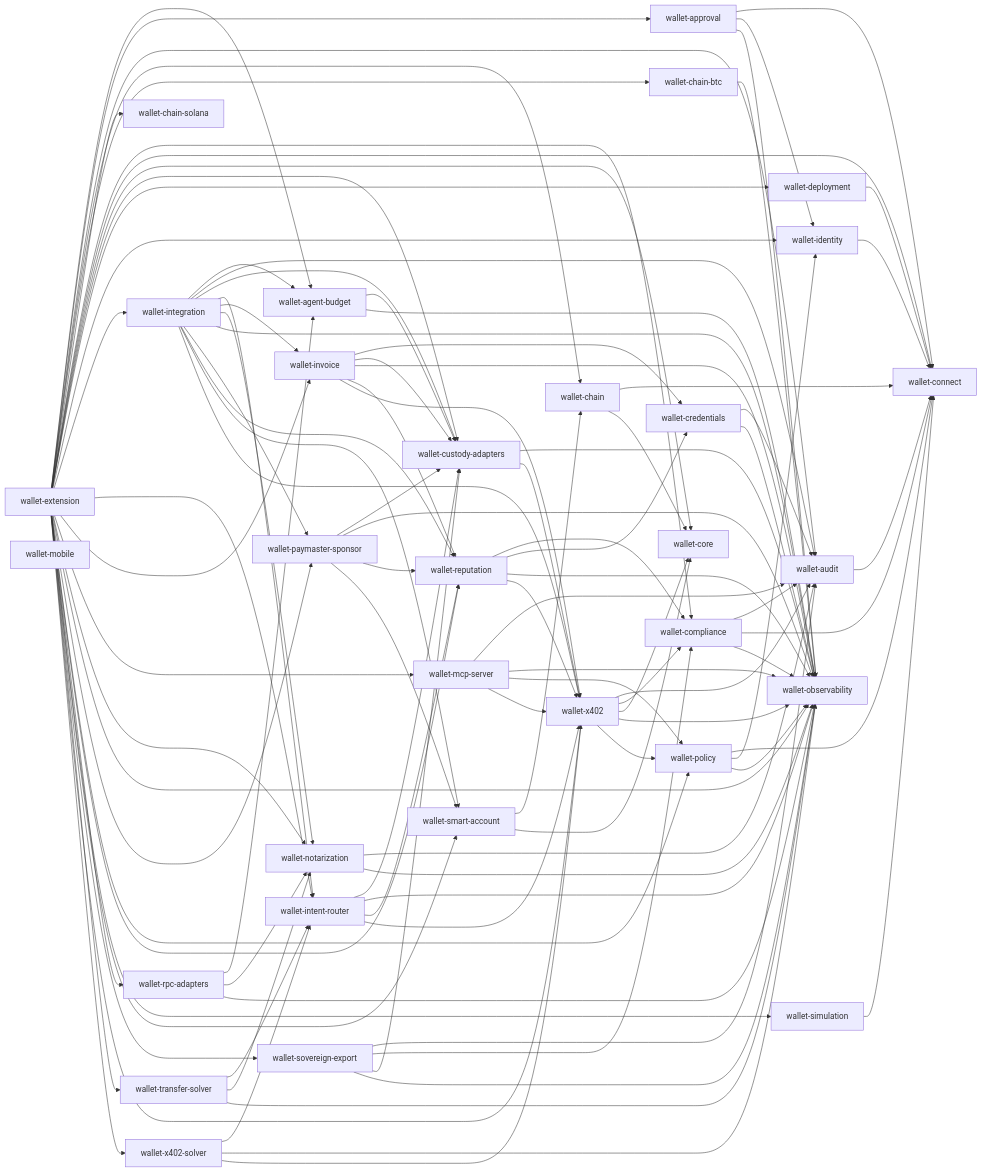
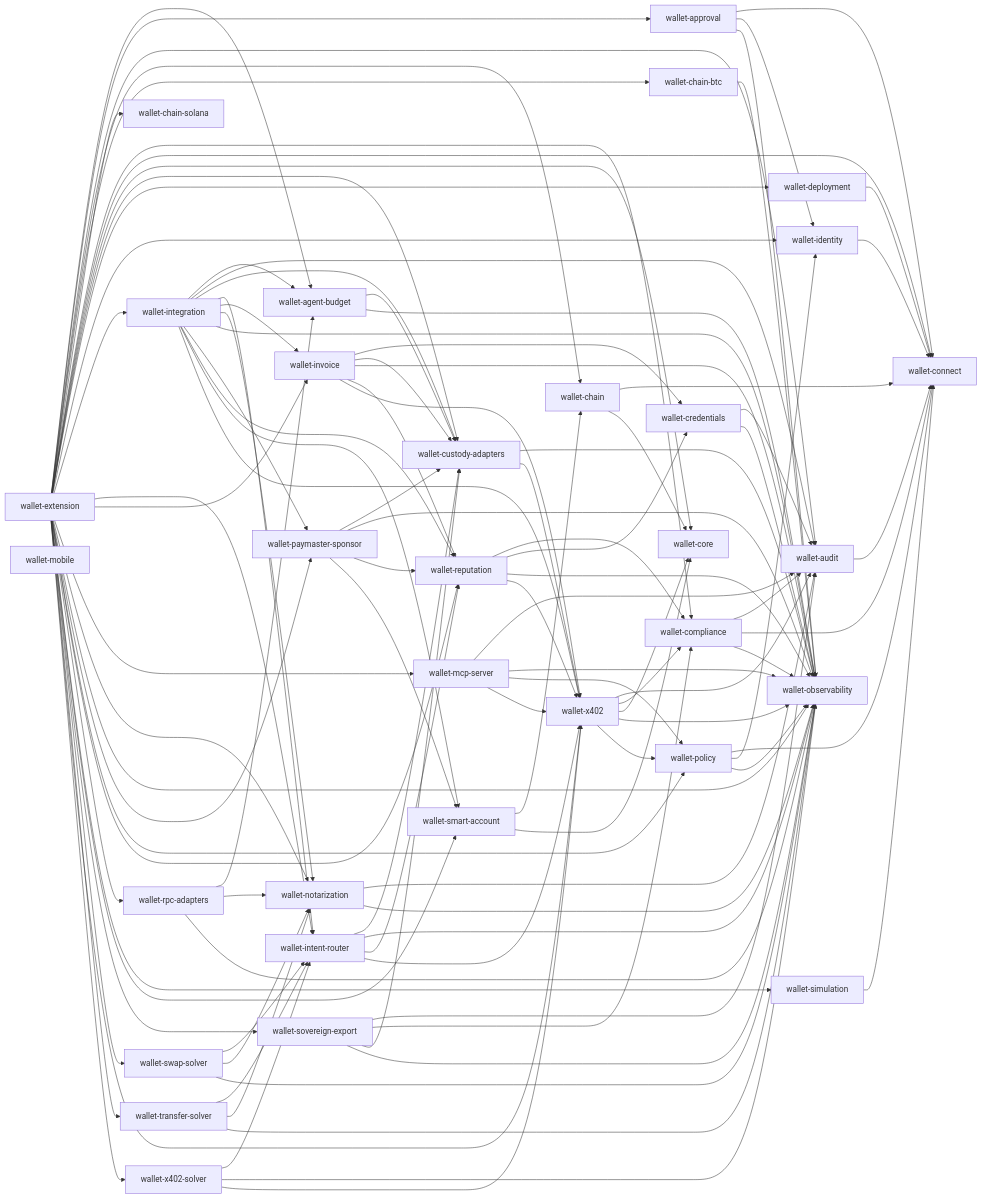
The diagram in reports/workspace-deps.mmd (aethelred-foundation/wallet), drawn with Mermaid before and after one commit. The commit also changed 12 other files, not shown here.

First line of the commit message:
feat(swap-solver): concrete intent-router solver for SwapIntent (#74)

```diff
--- a/reports/workspace-deps.mmd
+++ b/reports/workspace-deps.mmd
@@ -1,110 +1,114 @@
 flowchart LR
   wallet-agent-budget --> wallet-custody-adapters
   wallet-agent-budget --> wallet-observability
   wallet-approval --> wallet-connect
   wallet-approval --> wallet-identity
   wallet-approval --> wallet-observability
   wallet-audit --> wallet-connect
   wallet-chain --> wallet-connect
   wallet-chain --> wallet-core
   wallet-chain-btc --> wallet-observability
   wallet-chain-solana
   wallet-compliance --> wallet-audit
   wallet-compliance --> wallet-connect
   wallet-compliance --> wallet-observability
   wallet-connect
   wallet-core
   wallet-credentials --> wallet-audit
   wallet-credentials --> wallet-observability
   wallet-custody-adapters --> wallet-observability
   wallet-custody-adapters --> wallet-x402
   wallet-deployment --> wallet-connect
   wallet-extension --> wallet-agent-budget
   wallet-extension --> wallet-approval
   wallet-extension --> wallet-audit
   wallet-extension --> wallet-chain
   wallet-extension --> wallet-chain-btc
   wallet-extension --> wallet-chain-solana
   wallet-extension --> wallet-compliance
   wallet-extension --> wallet-connect
   wallet-extension --> wallet-core
   wallet-extension --> wallet-custody-adapters
   wallet-extension --> wallet-deployment
   wallet-extension --> wallet-identity
   wallet-extension --> wallet-integration
   wallet-extension --> wallet-intent-router
   wallet-extension --> wallet-invoice
   wallet-extension --> wallet-mcp-server
   wallet-extension --> wallet-notarization
   wallet-extension --> wallet-observability
   wallet-extension --> wallet-paymaster-sponsor
   wallet-extension --> wallet-policy
   wallet-extension --> wallet-reputation
   wallet-extension --> wallet-rpc-adapters
   wallet-extension --> wallet-simulation
   wallet-extension --> wallet-smart-account
   wallet-extension --> wallet-sovereign-export
+  wallet-extension --> wallet-swap-solver
   wallet-extension --> wallet-transfer-solver
   wallet-extension --> wallet-x402
   wallet-extension --> wallet-x402-solver
   wallet-identity --> wallet-connect
   wallet-integration --> wallet-agent-budget
   wallet-integration --> wallet-audit
   wallet-integration --> wallet-custody-adapters
   wallet-integration --> wallet-intent-router
   wallet-integration --> wallet-invoice
   wallet-integration --> wallet-notarization
   wallet-integration --> wallet-observability
   wallet-integration --> wallet-paymaster-sponsor
   wallet-integration --> wallet-reputation
   wallet-integration --> wallet-smart-account
   wallet-integration --> wallet-x402
   wallet-intent-router --> wallet-custody-adapters
   wallet-intent-router --> wallet-observability
   wallet-intent-router --> wallet-reputation
   wallet-intent-router --> wallet-x402
   wallet-invoice --> wallet-credentials
   wallet-invoice --> wallet-custody-adapters
   wallet-invoice --> wallet-observability
   wallet-invoice --> wallet-reputation
   wallet-invoice --> wallet-x402
   wallet-mcp-server --> wallet-audit
   wallet-mcp-server --> wallet-observability
   wallet-mcp-server --> wallet-policy
   wallet-mcp-server --> wallet-x402
   wallet-mobile
   wallet-notarization --> wallet-audit
   wallet-notarization --> wallet-observability
   wallet-observability
   wallet-paymaster-sponsor --> wallet-custody-adapters
   wallet-paymaster-sponsor --> wallet-observability
   wallet-paymaster-sponsor --> wallet-reputation
   wallet-paymaster-sponsor --> wallet-smart-account
   wallet-policy --> wallet-connect
   wallet-policy --> wallet-identity
   wallet-policy --> wallet-observability
   wallet-reputation --> wallet-compliance
   wallet-reputation --> wallet-credentials
   wallet-reputation --> wallet-observability
   wallet-reputation --> wallet-x402
   wallet-rpc-adapters --> wallet-agent-budget
   wallet-rpc-adapters --> wallet-notarization
   wallet-rpc-adapters --> wallet-observability
   wallet-simulation --> wallet-connect
   wallet-smart-account --> wallet-chain
   wallet-smart-account --> wallet-core
   wallet-sovereign-export --> wallet-audit
   wallet-sovereign-export --> wallet-compliance
   wallet-sovereign-export --> wallet-custody-adapters
   wallet-sovereign-export --> wallet-observability
+  wallet-swap-solver --> wallet-intent-router
+  wallet-swap-solver --> wallet-notarization
+  wallet-swap-solver --> wallet-observability
   wallet-transfer-solver --> wallet-intent-router
   wallet-transfer-solver --> wallet-notarization
   wallet-transfer-solver --> wallet-observability
   wallet-x402 --> wallet-audit
   wallet-x402 --> wallet-compliance
   wallet-x402 --> wallet-core
   wallet-x402 --> wallet-observability
   wallet-x402 --> wallet-policy
   wallet-x402-solver --> wallet-intent-router
   wallet-x402-solver --> wallet-observability
   wallet-x402-solver --> wallet-x402
```
